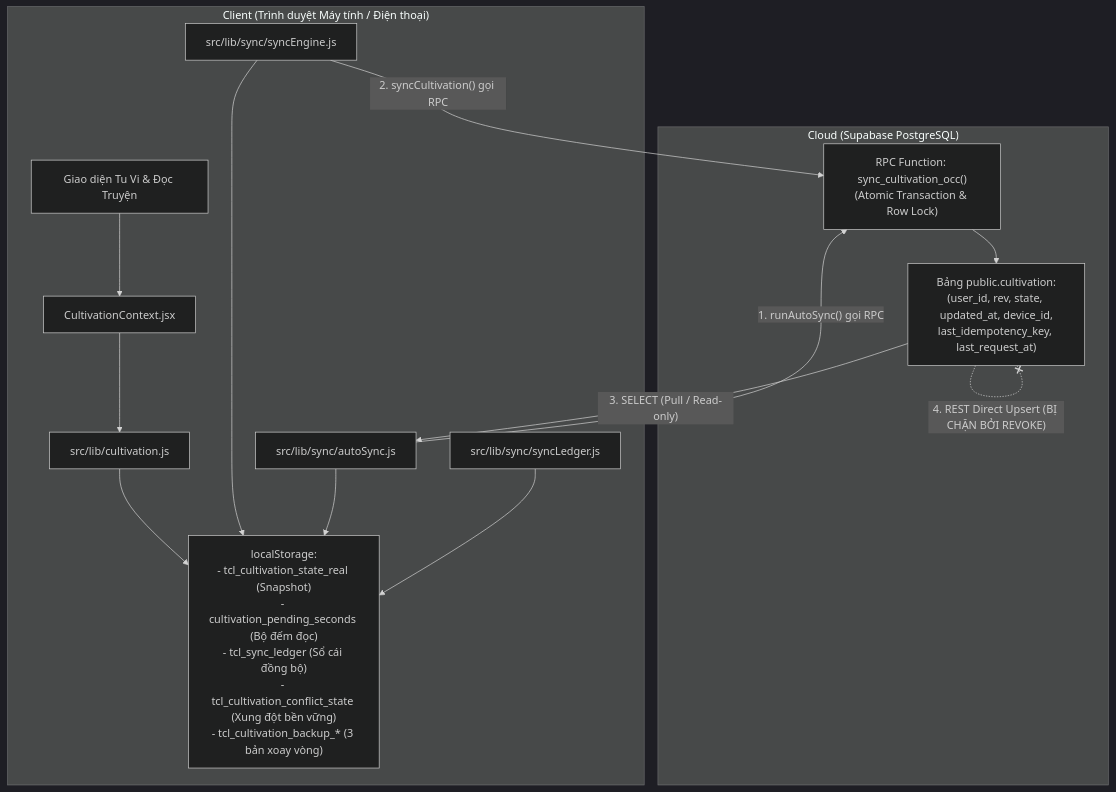
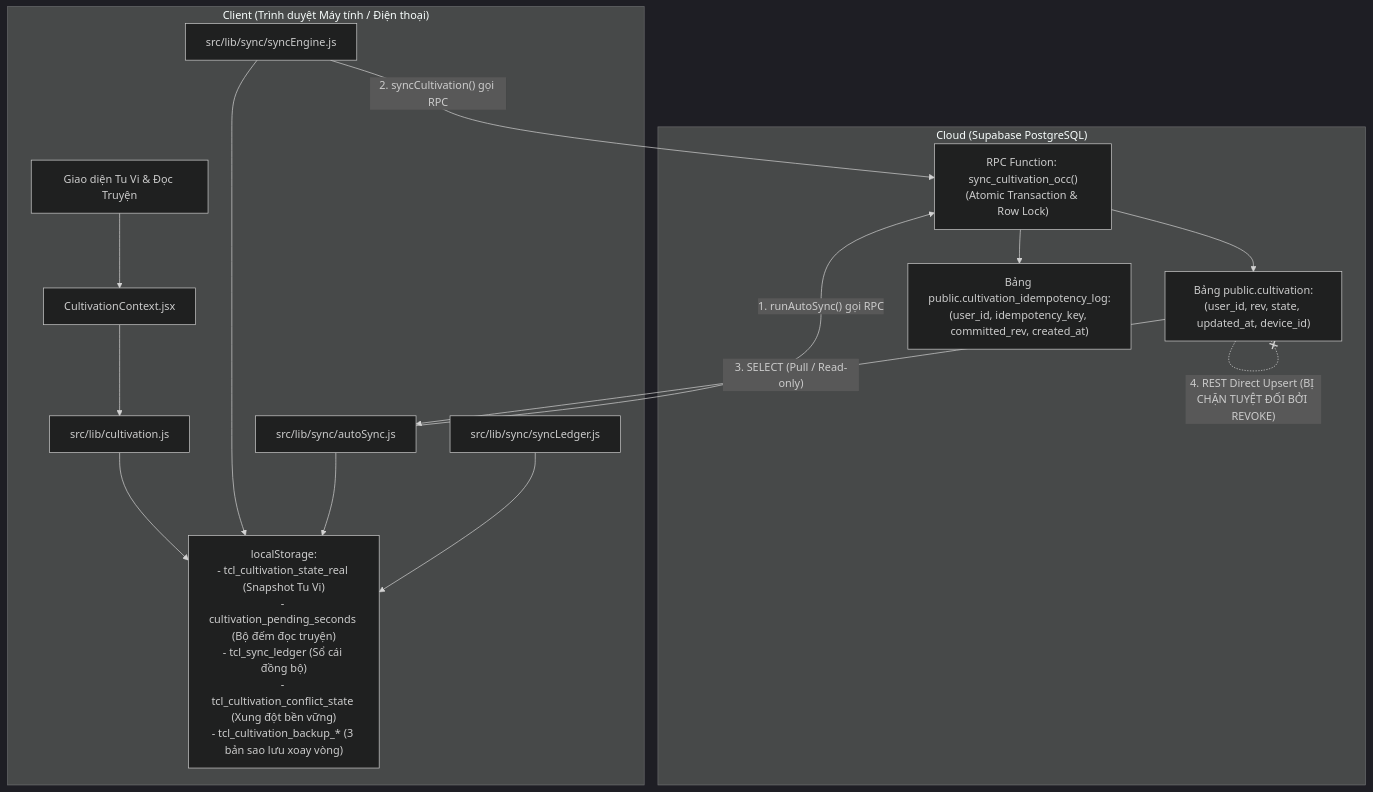
The first of 6 diagrams in docs/CULTIVATION_OCC_DESIGN.md (truevoidnan-commits/quangamchingoai), drawn with Mermaid (dark theme) before and after one commit. The commit also changed other lines of this file, not shown here.

Commit message:
docs: finalize OCC design with cutover, request journal, and in-flight mutation handling

````diff
--- a/docs/CULTIVATION_OCC_DESIGN.md
+++ b/docs/CULTIVATION_OCC_DESIGN.md
@@ -26,23 +27,26 @@
 ```mermaid
 flowchart TD
     subgraph Client ["Client (Trình duyệt Máy tính / Điện thoại)"]
         UI["Giao diện Tu Vi & Đọc Truyện"] --> Context["CultivationContext.jsx"]
         Context --> CultLib["src/lib/cultivation.js"]
-        CultLib --> LocalStorage["localStorage:\n- tcl_cultivation_state_real (Snapshot)\n- cultivation_pending_seconds (Bộ đếm đọc)\n- tcl_sync_ledger (Sổ cái đồng bộ)\n- tcl_cultivation_conflict_state (Xung đột bền vững)\n- tcl_cultivation_backup_* (3 bản xoay vòng)"]
+        CultLib --> LocalStorage["localStorage:\n- tcl_cultivation_state_real (Snapshot Tu Vi)\n- cultivation_pending_seconds (Bộ đếm đọc truyện)\n- tcl_sync_ledger (Sổ cái đồng bộ)\n- tcl_cultivation_conflict_state (Xung đột bền vững)\n- tcl_cultivation_backup_* (3 bản sao lưu xoay vòng)"]
         
         SyncEngine["src/lib/sync/syncEngine.js"] --> LocalStorage
         AutoSync["src/lib/sync/autoSync.js"] --> LocalStorage
         SyncLedger["src/lib/sync/syncLedger.js"] --> LocalStorage
     end
 
     subgraph Supabase ["Cloud (Supabase PostgreSQL)"]
         RPC["RPC Function: sync_cultivation_occ()\n(Atomic Transaction & Row Lock)"]
-        TableCult["Bảng public.cultivation:\n(user_id, rev, state, updated_at, device_id,\nlast_idempotency_key, last_request_at)"]
+        TableCult["Bảng public.cultivation:\n(user_id, rev, state, updated_at, device_id)"]
+        TableIdem["Bảng public.cultivation_idempotency_log:\n(user_id, idempotency_key, committed_rev, created_at)"]
+        
         RPC --> TableCult
+        RPC --> TableIdem
     end
 
     AutoSync -- "1. runAutoSync() gọi RPC" --> RPC
     SyncEngine -- "2. syncCultivation() gọi RPC" --> RPC
     TableCult -- "3. SELECT (Pull / Read-only)" --> AutoSync
-    TableCult -. "4. REST Direct Upsert (BỊ CHẶN BỞI REVOKE)" .-x TableCult
+    TableCult -. "4. REST Direct Upsert (BỊ CHẶN TUYỆT ĐỐI BỞI REVOKE)" .-x TableCult
 ```
````
